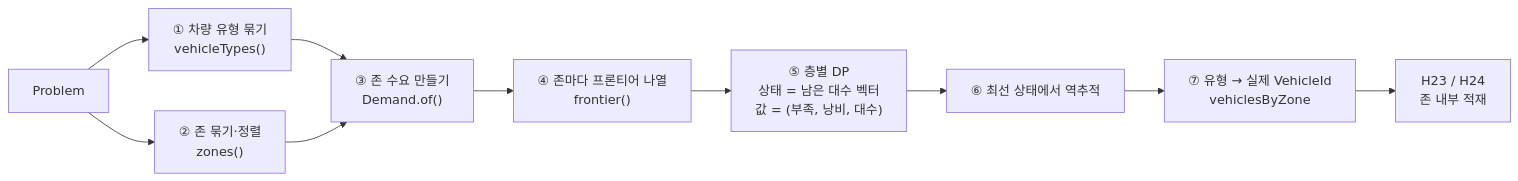
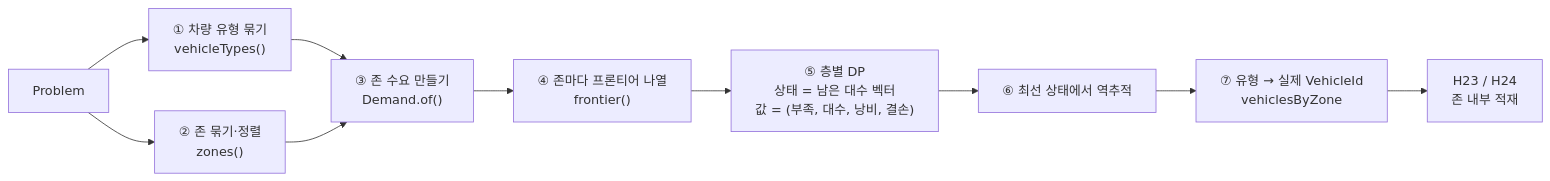
One commit to drimdrim2002/ro-next changed the first of 3 diagrams in docs/notes/zone-quota-allocation-dp.md. Above: the diagram before and after it, drawn with Mermaid. The commit also changed other lines of this file and 16 other files, not shown here.

````diff
--- a/docs/notes/zone-quota-allocation-dp.md
+++ b/docs/notes/zone-quota-allocation-dp.md
@@ -18,12 +18,12 @@
 ```mermaid
 flowchart LR
     P[Problem] --> T["① 차량 유형 묶기<br/>vehicleTypes()"]
     P --> Z["② 존 묶기·정렬<br/>zones()"]
     T --> D["③ 존 수요 만들기<br/>Demand.of()"]
     Z --> D
     D --> F["④ 존마다 프론티어 나열<br/>frontier()"]
-    F --> L["⑤ 층별 DP<br/>상태 = 남은 대수 벡터<br/>값 = (부족, 낭비, 대수)"]
+    F --> L["⑤ 층별 DP<br/>상태 = 남은 대수 벡터<br/>값 = (부족, 대수, 낭비, 결손)"]
     L --> B["⑥ 최선 상태에서 역추적"]
     B --> V["⑦ 유형 → 실제 VehicleId<br/>vehiclesByZone"]
     V --> H23["H23 / H24<br/>존 내부 적재"]
 ```
````
